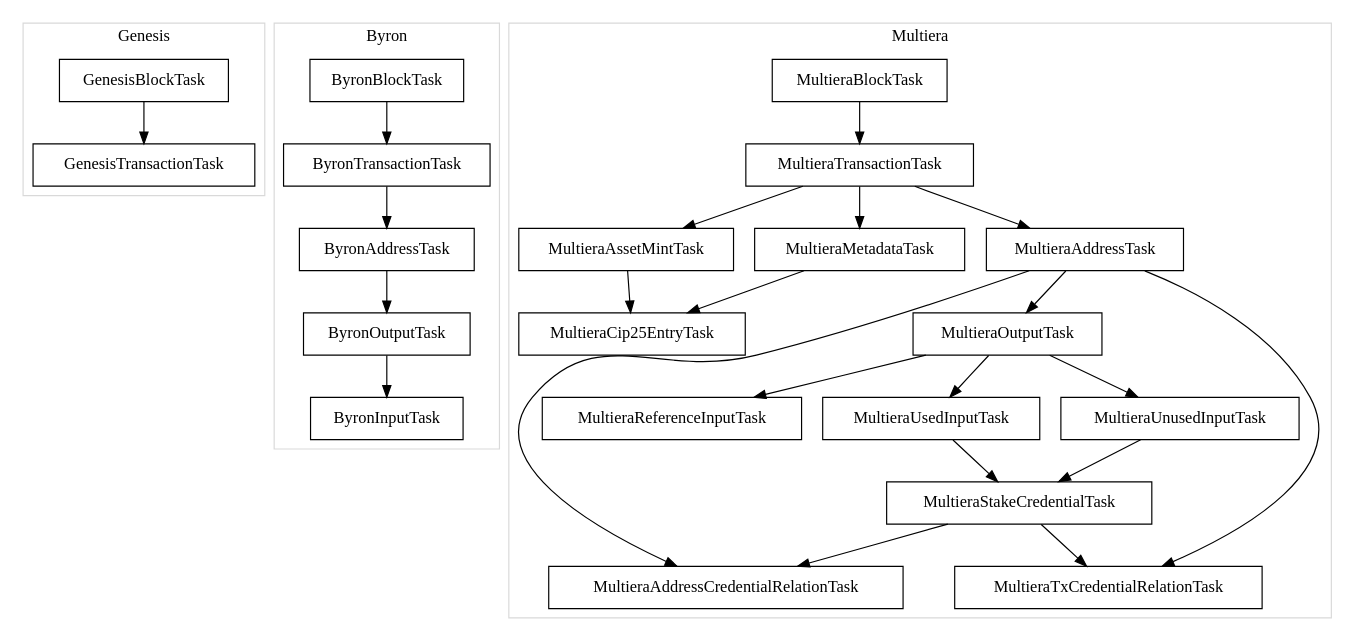
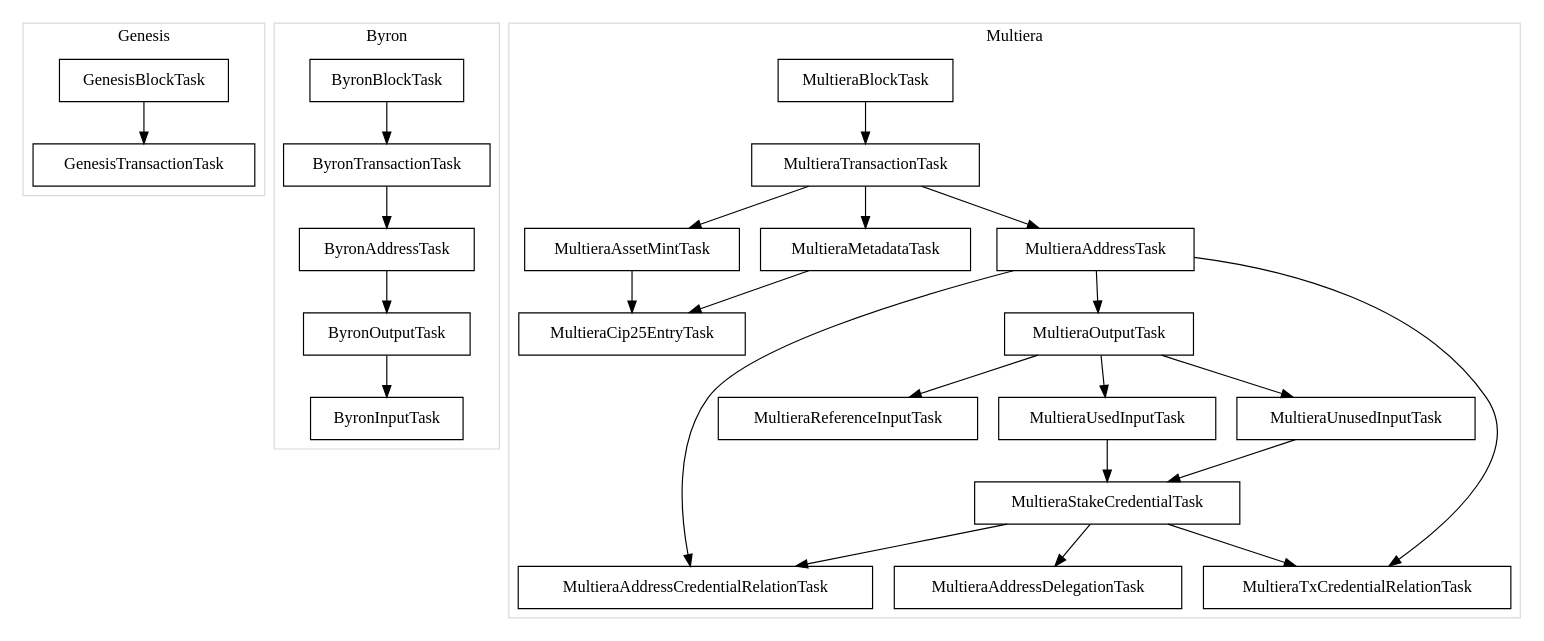
One commit to dcSpark/carp changed the diagram in docs/bin/default.dot. Above: the diagram before and after it, drawn with Graphviz. The commit also changed 9 other files, not shown here.

```diff
--- a/docs/bin/default.dot
+++ b/docs/bin/default.dot
@@ -1,84 +1,87 @@
 digraph default {
 subgraph cluster_Genesis {
 label="Genesis";
 color="grey85";
 
 N0;
 N1;
 
 }
 
 subgraph cluster_Byron {
 label="Byron";
 color="grey85";
 
 N2;
 N3;
 N4;
 N5;
 N6;
 
 }
 
 subgraph cluster_Multiera {
 label="Multiera";
 color="grey85";
 
 N7;
 N8;
 N9;
 N10;
 N11;
 N12;
 N13;
 N14;
 N15;
 N16;
 N17;
 N18;
 N19;
+N20;
 
 }
 
     N0[label="GenesisBlockTask"][shape="box"];
     N1[label="GenesisTransactionTask"][shape="box"];
     N2[label="ByronBlockTask"][shape="box"];
     N3[label="ByronTransactionTask"][shape="box"];
     N4[label="ByronAddressTask"][shape="box"];
     N5[label="ByronOutputTask"][shape="box"];
     N6[label="ByronInputTask"][shape="box"];
     N7[label="MultieraBlockTask"][shape="box"];
     N8[label="MultieraTransactionTask"][shape="box"];
     N9[label="MultieraMetadataTask"][shape="box"];
     N10[label="MultieraAddressTask"][shape="box"];
     N11[label="MultieraOutputTask"][shape="box"];
     N12[label="MultieraReferenceInputTask"][shape="box"];
     N13[label="MultieraUsedInputTask"][shape="box"];
     N14[label="MultieraUnusedInputTask"][shape="box"];
     N15[label="MultieraStakeCredentialTask"][shape="box"];
     N16[label="MultieraAddressCredentialRelationTask"][shape="box"];
     N17[label="MultieraTxCredentialRelationTask"][shape="box"];
     N18[label="MultieraAssetMintTask"][shape="box"];
     N19[label="MultieraCip25EntryTask"][shape="box"];
+    N20[label="MultieraAddressDelegationTask"][shape="box"];
     N0 -> N1[label=""];
     N2 -> N3[label=""];
     N3 -> N4[label=""];
     N4 -> N5[label=""];
     N5 -> N6[label=""];
     N7 -> N8[label=""];
     N8 -> N9[label=""];
     N8 -> N10[label=""];
     N10 -> N11[label=""];
     N11 -> N12[label=""];
     N11 -> N13[label=""];
     N11 -> N14[label=""];
     N13 -> N15[label=""];
     N14 -> N15[label=""];
     N10 -> N16[label=""];
     N15 -> N16[label=""];
     N10 -> N17[label=""];
     N15 -> N17[label=""];
     N8 -> N18[label=""];
     N9 -> N19[label=""];
     N18 -> N19[label=""];
+    N15 -> N20[label=""];
 }
```
